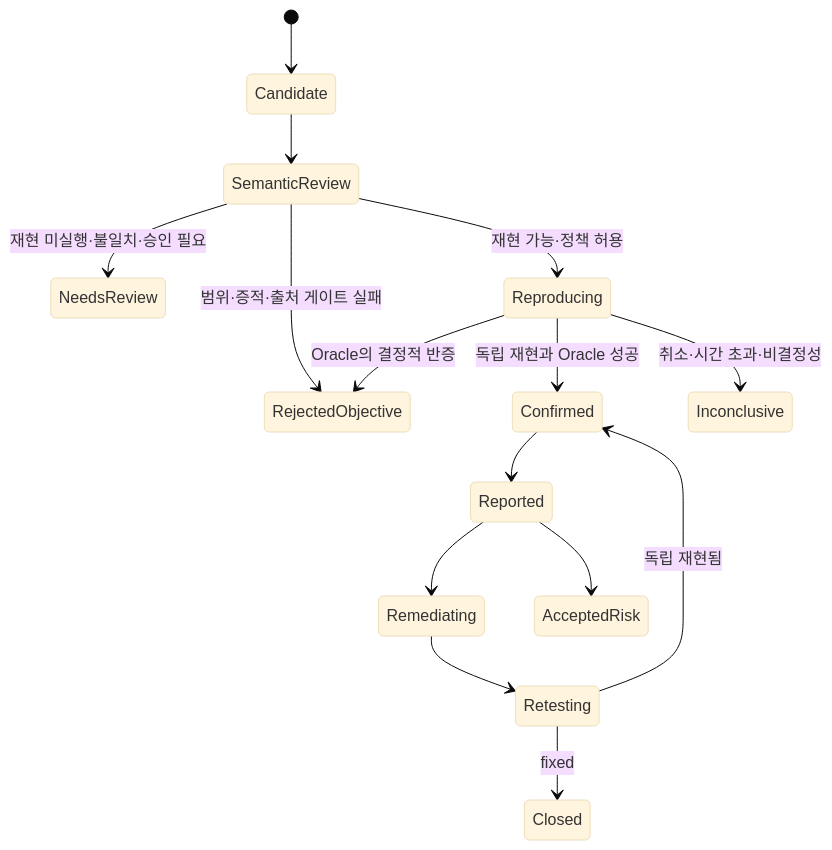
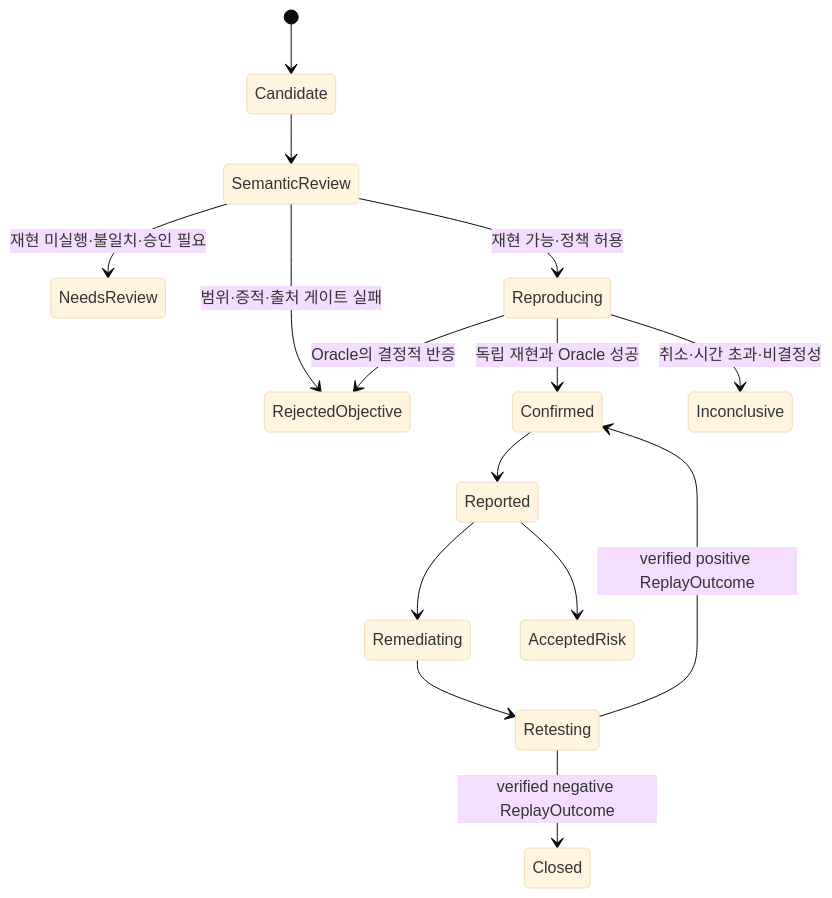
Before and after one commit to HYEXE/PAJIN: the third of 3 diagrams in docs/PAJIN_PRODUCT_PLAN.md, drawn with Mermaid (base theme). The commit also changed other lines of this file and 20 other files, not shown here.

````diff
--- a/docs/PAJIN_PRODUCT_PLAN.md
+++ b/docs/PAJIN_PRODUCT_PLAN.md
@@ -712,17 +719,17 @@
 ```mermaid
 stateDiagram-v2
     [*] --> Candidate
     Candidate --> SemanticReview
     SemanticReview --> NeedsReview: 재현 미실행·불일치·승인 필요
     SemanticReview --> RejectedObjective: 범위·증적·출처 게이트 실패
     SemanticReview --> Reproducing: 재현 가능·정책 허용
     Reproducing --> Confirmed: 독립 재현과 Oracle 성공
     Reproducing --> Inconclusive: 취소·시간 초과·비결정성
     Reproducing --> RejectedObjective: Oracle의 결정적 반증
     Confirmed --> Reported
     Reported --> Remediating
     Remediating --> Retesting
-    Retesting --> Closed: fixed
-    Retesting --> Confirmed: 독립 재현됨
+    Retesting --> Closed: verified negative ReplayOutcome
+    Retesting --> Confirmed: verified positive ReplayOutcome
     Reported --> AcceptedRisk
 ```
````
